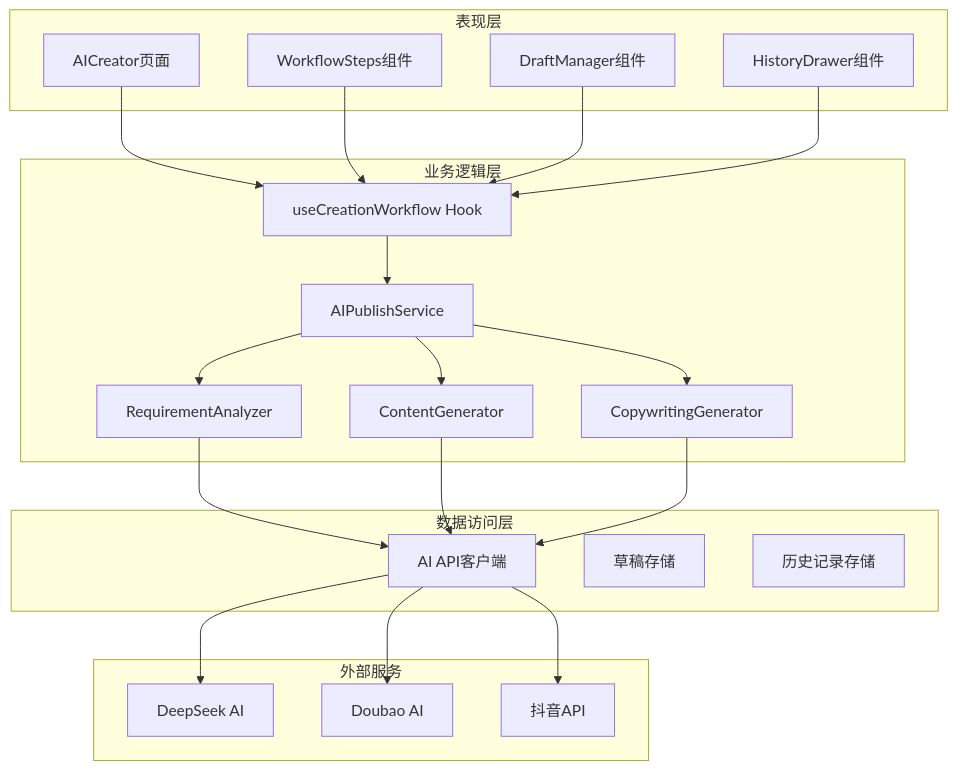
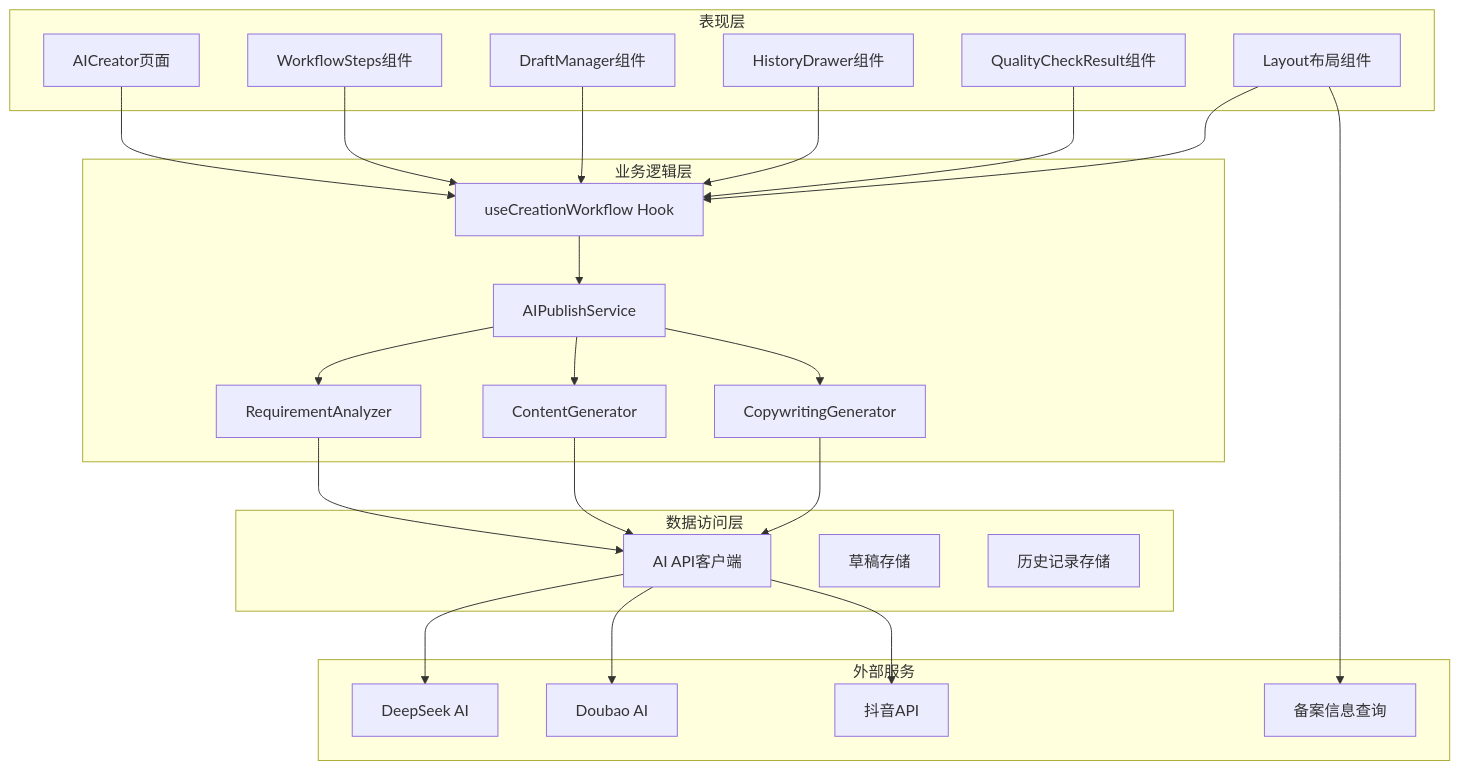
One commit to songdiyang/clawOperations changed the fourth of 10 diagrams in .qoder/repowiki/zh/content/AI创作页面增强.md. Above: the diagram before and after it, drawn with Mermaid. The commit also changed other lines of this file and 7 other files, not shown here.

````diff
--- a/.qoder/repowiki/zh/content/AI创作页面增强.md
+++ b/.qoder/repowiki/zh/content/AI创作页面增强.md
@@ -177,40 +188,46 @@
 ```mermaid
 graph TB
 subgraph "表现层"
 A[AICreator页面]
 B[WorkflowSteps组件]
 C[DraftManager组件]
 D[HistoryDrawer组件]
+E[QualityCheckResult组件]
+F[Layout布局组件]
 end
 subgraph "业务逻辑层"
-E[useCreationWorkflow Hook]
-F[AIPublishService]
-G[RequirementAnalyzer]
-H[ContentGenerator]
-I[CopywritingGenerator]
+G[useCreationWorkflow Hook]
+H[AIPublishService]
+I[RequirementAnalyzer]
+J[ContentGenerator]
+K[CopywritingGenerator]
 end
 subgraph "数据访问层"
-J[AI API客户端]
-K[草稿存储]
-L[历史记录存储]
+L[AI API客户端]
+M[草稿存储]
+N[历史记录存储]
 end
 subgraph "外部服务"
-M[DeepSeek AI]
-N[Doubao AI]
-O[抖音API]
+O[DeepSeek AI]
+P[Doubao AI]
+Q[抖音API]
+R[备案信息查询]
 end
-A --> E
-B --> E
-C --> E
-D --> E
-E --> F
+A --> G
+B --> G
+C --> G
+D --> G
+E --> G
 F --> G
-F --> H
-F --> I
-G --> J
+G --> H
+H --> I
 H --> J
-I --> J
-J --> M
-J --> N
-J --> O
+H --> K
+I --> L
+J --> L
+K --> L
+L --> O
+L --> P
+L --> Q
+F --> R
 ```
````
